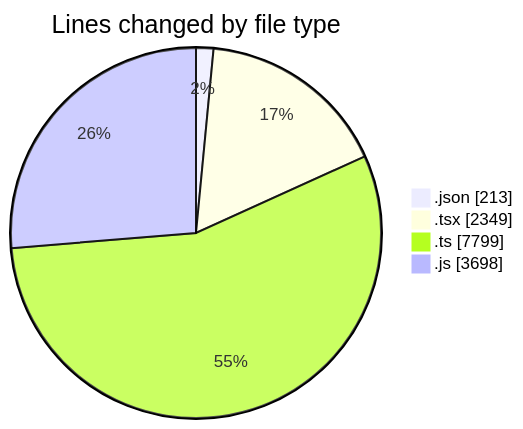
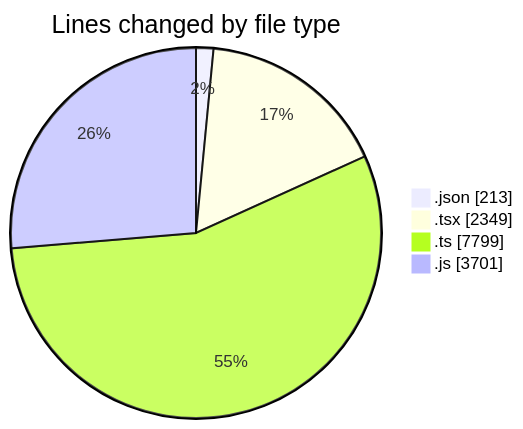
The first of 2 diagrams in 2025-07-28/cda/README.md (momahboobian/code-tracking), drawn with Mermaid before and after one commit. The commit also changed other lines of this file and 1 other file, not shown here.

````diff
--- a/2025-07-28/cda/README.md
+++ b/2025-07-28/cda/README.md
@@ -31,8 +31,8 @@
 ```mermaid
 pie showData
 title Lines changed by file type
 ".json" : 213
 ".tsx" : 2349
 ".ts" : 7799
-".js" : 3698
+".js" : 3701
 ```
````
